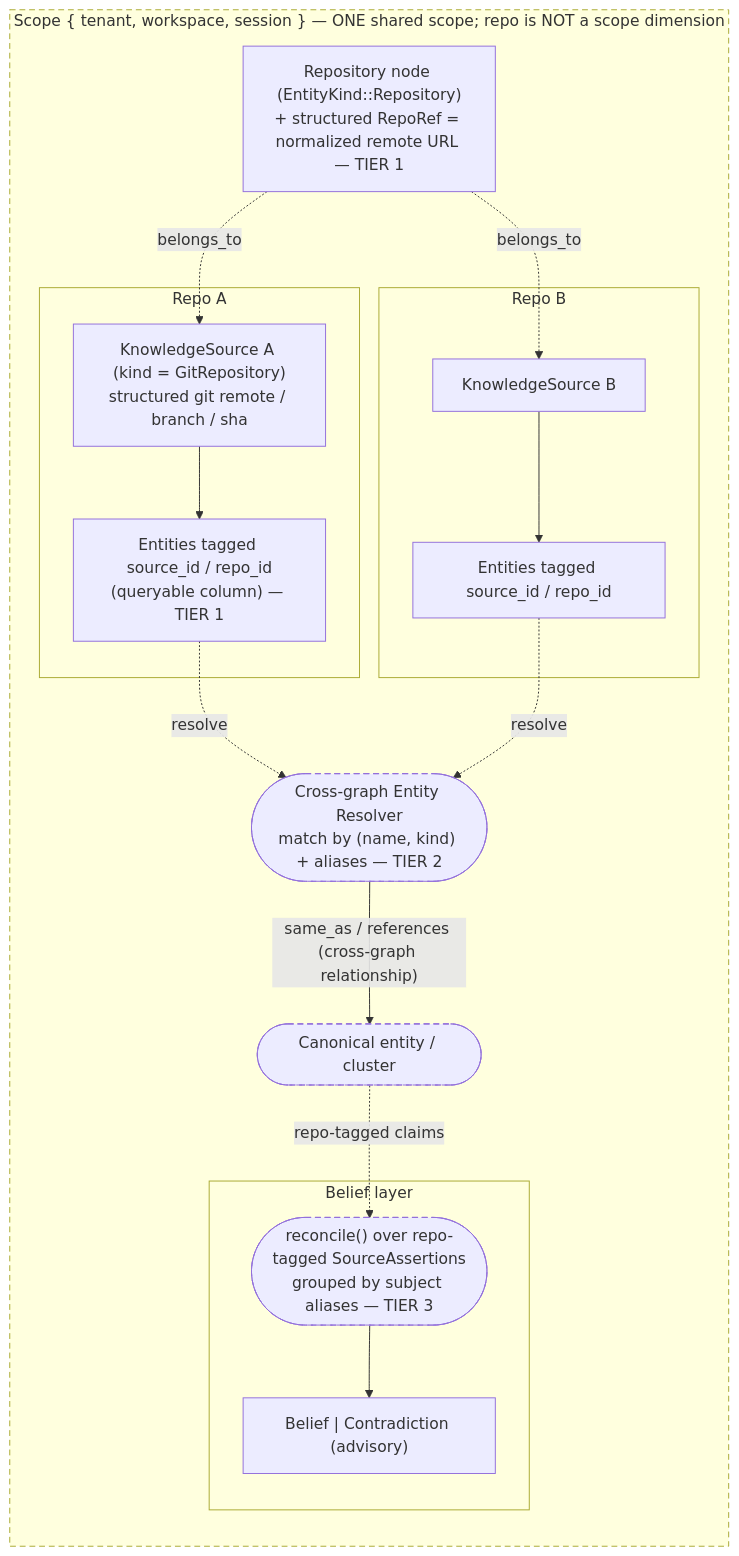
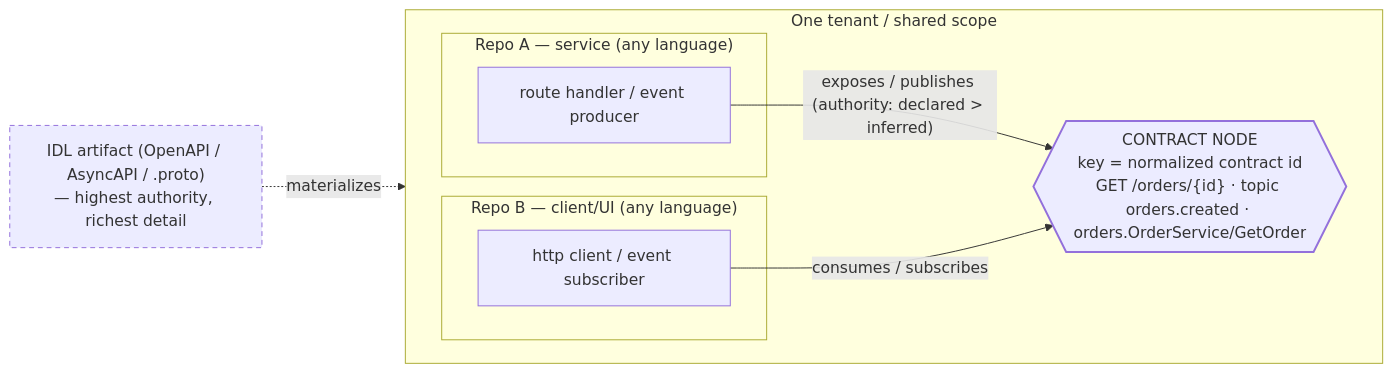
One commit to phanijapps/engram changed the diagram in docs/research/cross-repo-linkage.md. Above: the diagram before and after it, drawn with Mermaid. The commit also changed other lines of this file and 1 other file, not shown here.

First line of the commit message:
docs(research): resync cross-repo-linkage note to contract-linkage framing

````diff
--- a/docs/research/cross-repo-linkage.md
+++ b/docs/research/cross-repo-linkage.md
@@ -181,34 +43,18 @@
 ```mermaid
-flowchart TB
-  subgraph scope["Scope { tenant, workspace, session } — ONE shared scope; repo is NOT a scope dimension"]
-    direction TB
-    repoNode["Repository node (EntityKind::Repository)<br/>+ structured RepoRef = normalized remote URL — TIER 1"]
-    subgraph repoA2["Repo A"]
-      srcA2["KnowledgeSource A (kind = GitRepository)<br/>structured git remote / branch / sha"]
-      entA["Entities tagged source_id / repo_id<br/>(queryable column) — TIER 1"]
+flowchart LR
+  subgraph tenant["One tenant / shared scope"]
+    direction LR
+    subgraph repoA["Repo A — service (any language)"]
+      a1["route handler / event producer"]
     end
-    subgraph repoB2["Repo B"]
-      srcB2["KnowledgeSource B"]
-      entB["Entities tagged source_id / repo_id"]
+    contract{{"CONTRACT NODE<br/>key = normalized contract id<br/>GET /orders/{id} · topic orders.created · orders.OrderService/GetOrder"}}
+    subgraph repoB["Repo B — client/UI (any language)"]
+      b1["http client / event subscriber"]
     end
-    resolver(["Cross-graph Entity Resolver<br/>match by (name, kind) + aliases — TIER 2"])
-    canon(["Canonical entity / cluster"])
-    subgraph belief["Belief layer"]
-      recon(["reconcile() over repo-tagged SourceAssertions<br/>grouped by subject aliases — TIER 3"])
-      out["Belief | Contradiction (advisory)"]
-    end
+    a1 -- "exposes / publishes (authority: declared &gt; inferred)" --> contract
+    b1 -- "consumes / subscribes" --> contract
   end
-  srcA2 --> entA
-  srcB2 --> entB
-  repoNode -. "belongs_to" .-> srcA2
-  repoNode -. "belongs_to" .-> srcB2
-  entA -. "resolve" .-> resolver
-  entB -. "resolve" .-> resolver
-  resolver -- "same_as / references (cross-graph relationship)" --> canon
-  canon -. "repo-tagged claims" .-> recon
-  recon --> out
-  style scope stroke-dasharray: 6 4
-  style resolver stroke-dasharray: 6 4
-  style canon stroke-dasharray: 6 4
-  style recon stroke-dasharray: 6 4
+  idl["IDL artifact (OpenAPI / AsyncAPI / .proto)<br/>— highest authority, richest detail"] -. "materializes" .-> contract
+  style contract stroke-width:2px
+  style idl stroke-dasharray: 5 4
 ```
````
